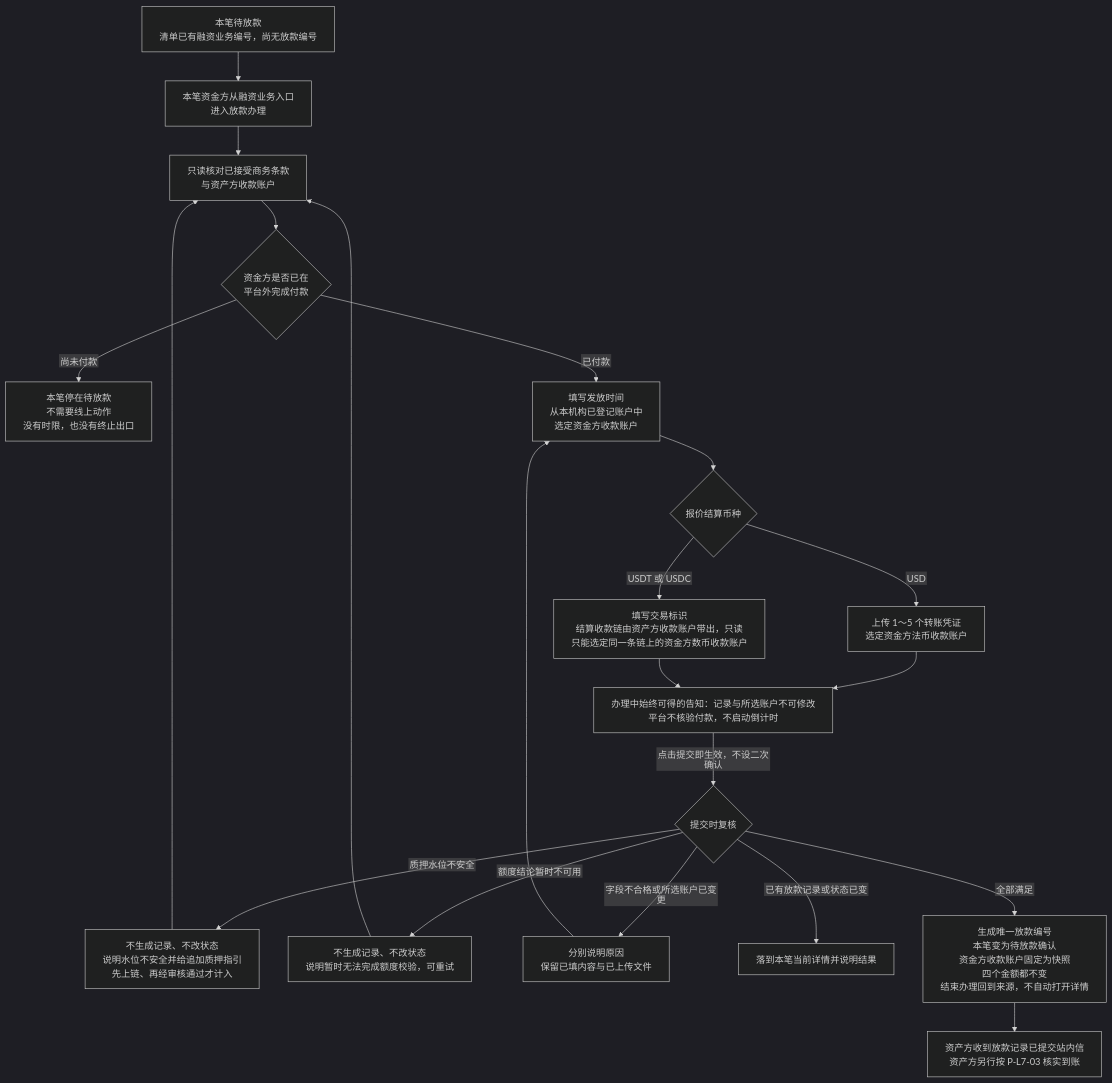
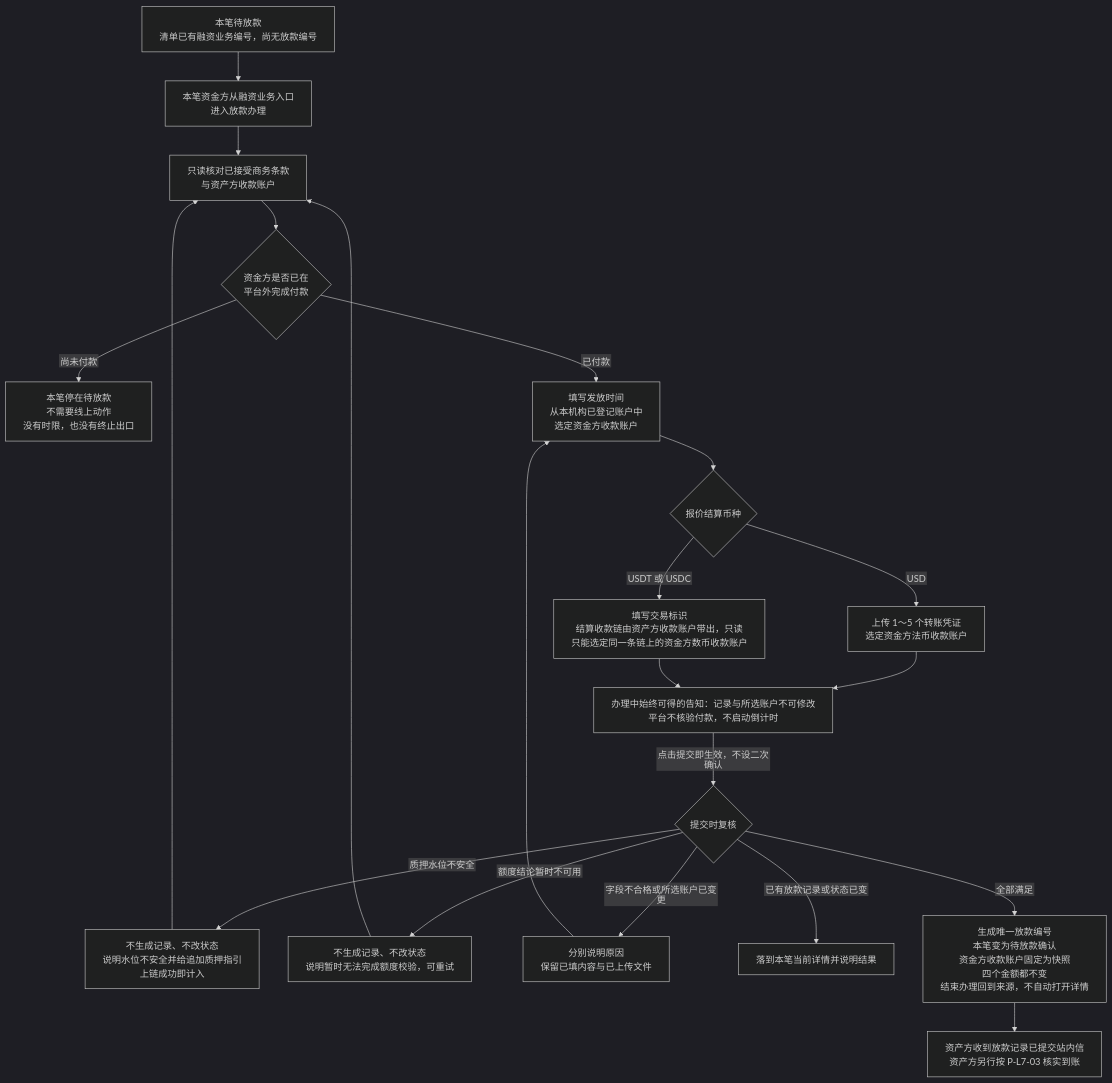
The second of 4 diagrams in lending-platform/PRD/面客端/07-借贷广场-放款与放款确认/02-放款与放款确认-流程图与状态机.md (wxblockchain/Chain-Financing), drawn with Mermaid (dark theme) before and after one commit. The commit also changed 28 other files, not shown here.

````diff
--- a/lending-platform/PRD/面客端/07-借贷广场-放款与放款确认/02-放款与放款确认-流程图与状态机.md
+++ b/lending-platform/PRD/面客端/07-借贷广场-放款与放款确认/02-放款与放款确认-流程图与状态机.md
@@ -42,24 +42,24 @@
 ```mermaid
 %%{init: {"flowchart": {"htmlLabels": false, "wrappingWidth": 400}}}%%
 flowchart TD
   A["本笔待放款<br/>清单已有融资业务编号，尚无放款编号"] --> B["本笔资金方从融资业务入口<br/>进入放款办理"]
   B --> C["只读核对已接受商务条款<br/>与资产方收款账户"]
   C --> D{"资金方是否已在<br/>平台外完成付款"}
   D -->|"尚未付款"| E["本笔停在待放款<br/>不需要线上动作<br/>没有时限，也没有终止出口"]
   D -->|"已付款"| F["填写发放时间<br/>从本机构已登记账户中<br/>选定资金方收款账户"]
   F --> G{"报价结算币种"}
   G -->|"USD"| H["上传 1～5 个转账凭证<br/>选定资金方法币收款账户"]
   G -->|"USDT 或 USDC"| I["填写交易标识<br/>结算收款链由资产方收款账户带出，只读<br/>只能选定同一条链上的资金方数币收款账户"]
   H --> J["办理中始终可得的告知：记录与所选账户不可修改<br/>平台不核验付款，不启动倒计时"]
   I --> J
   J -->|"点击提交即生效，不设二次确认"| K{"提交时复核"}
-  K -->|"质押水位不安全"| L["不生成记录、不改状态<br/>说明水位不安全并给追加质押指引<br/>先上链、再经审核通过才计入"]
+  K -->|"质押水位不安全"| L["不生成记录、不改状态<br/>说明水位不安全并给追加质押指引<br/>上链成功即计入"]
   K -->|"额度结论暂时不可用"| M["不生成记录、不改状态<br/>说明暂时无法完成额度校验，可重试"]
   K -->|"字段不合格或所选账户已变更"| N["分别说明原因<br/>保留已填内容与已上传文件"]
   K -->|"已有放款记录或状态已变"| O["落到本笔当前详情并说明结果"]
   K -->|"全部满足"| P["生成唯一放款编号<br/>本笔变为待放款确认<br/>资金方收款账户固定为快照<br/>四个金额都不变<br/>结束办理回到来源，不自动打开详情"]
   L --> C
   M --> C
   N --> F
   P --> Q["资产方收到放款记录已提交站内信<br/>资产方另行按 P-L7-03 核实到账"]
 ```
````
